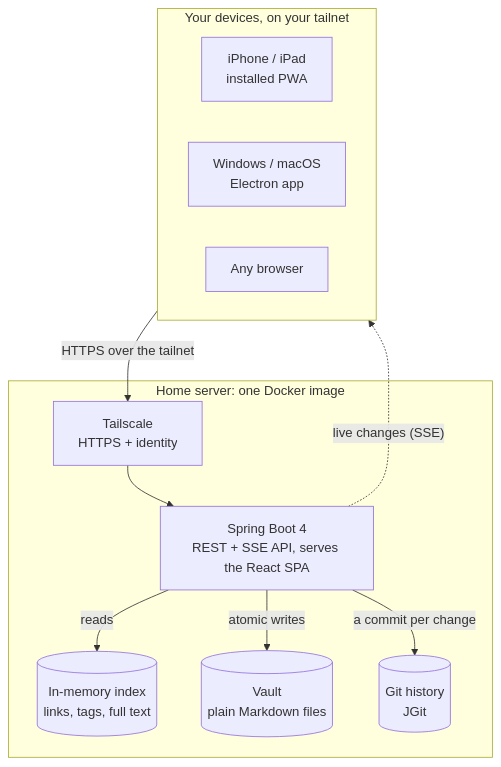
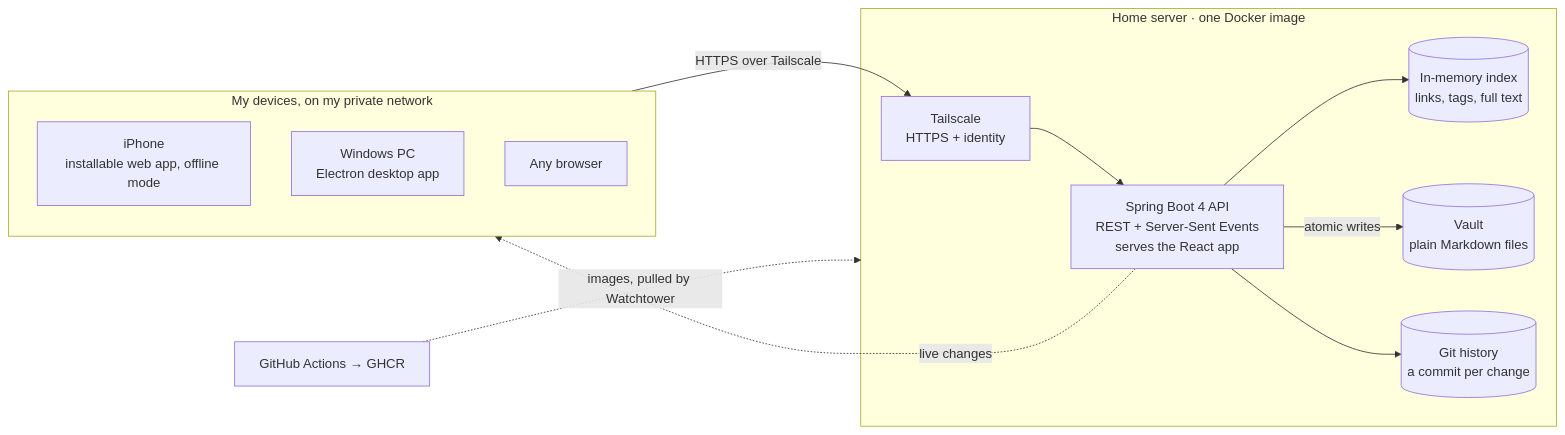
The diagram in README.md (rjgehan/Voyager), drawn with Mermaid before and after one commit. The commit also changed other lines of this file, not shown here.

````diff
--- a/README.md
+++ b/README.md
@@ -65,21 +67,23 @@
 ```mermaid
-flowchart TB
-    subgraph devices["Your devices, on your tailnet"]
-        direction LR
-        phone["iPhone / iPad<br/>installed PWA"]
-        desk["Windows / macOS<br/>Electron app"]
+flowchart LR
+    subgraph Clients["My devices, on my private network"]
+        phone["iPhone<br/>installable web app, offline mode"]
+        desk["Windows PC<br/>Electron desktop app"]
         web["Any browser"]
     end
-    subgraph server["Home server: one Docker image"]
+    subgraph Server["Home server · one Docker image"]
         ts["Tailscale<br/>HTTPS + identity"]
-        api["Spring Boot 4<br/>REST + SSE API, serves the React SPA"]
+        api["Spring Boot 4 API<br/>REST + Server-Sent Events<br/>serves the React app"]
         index[("In-memory index<br/>links, tags, full text")]
         vault[("Vault<br/>plain Markdown files")]
-        git[("Git history<br/>JGit")]
+        git[("Git history<br/>a commit per change")]
     end
-    devices -- "HTTPS over the tailnet" --> ts --> api
-    api -- "reads" --> index
+    gh["GitHub Actions → GHCR"]
+
+    Clients -- "HTTPS over Tailscale" --> ts --> api
+    api --> index
     api -- "atomic writes" --> vault
-    api -- "a commit per change" --> git
-    api -. "live changes (SSE)" .-> devices
+    api --> git
+    api -. "live changes" .-> Clients
+    gh -. "images, pulled by Watchtower" .-> Server
 ```
````
